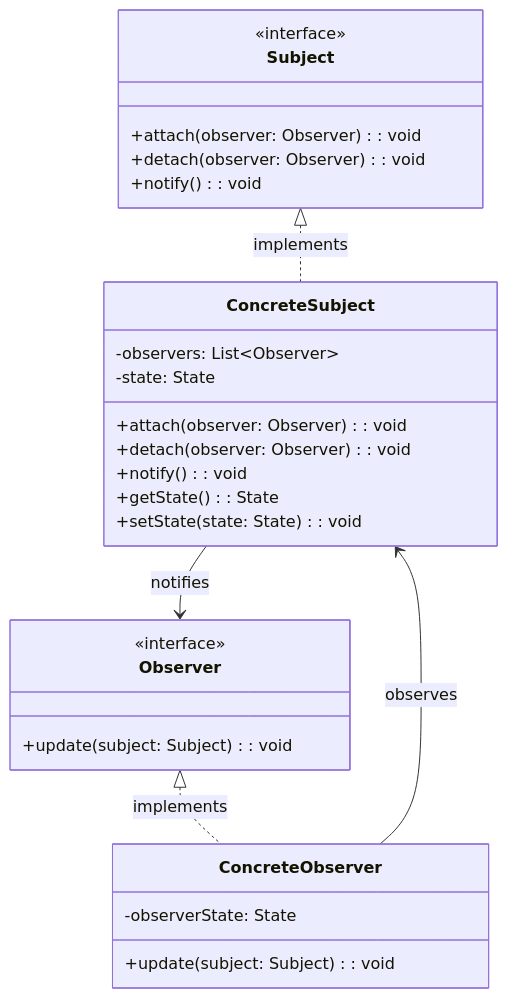
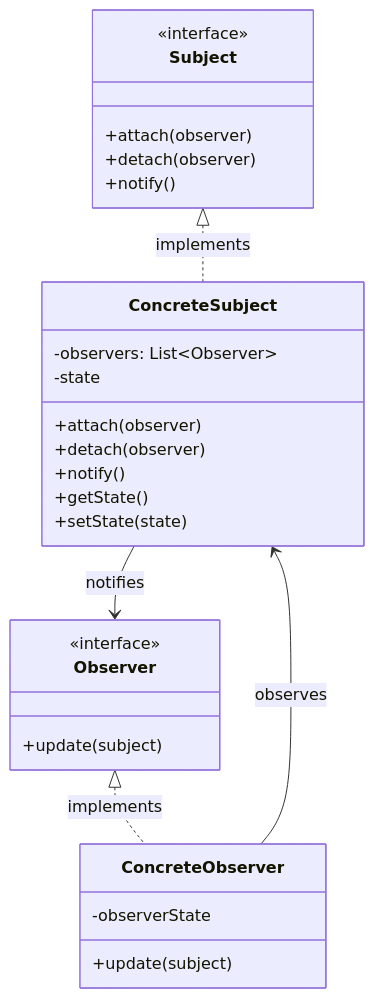
One commit to fanly/DesignPattern changed the first of 3 diagrams in resources/design-patterns/laravel/behavioral/observer_en.md. Above: the diagram before and after it, drawn with Mermaid. The commit also changed 103 other files, not shown here.

````diff
--- a/resources/design-patterns/laravel/behavioral/observer_en.md
+++ b/resources/design-patterns/laravel/behavioral/observer_en.md
@@ -11,34 +11,34 @@
 ```mermaid
 classDiagram
     class Subject {
         <<interface>>
-        +attach(observer: Observer): void
-        +detach(observer: Observer): void
-        +notify(): void
+        +attach(observer)
+        +detach(observer)
+        +notify()
     }
     
     class ConcreteSubject {
         -observers: List~Observer~
-        -state: State
-        +attach(observer: Observer): void
-        +detach(observer: Observer): void
-        +notify(): void
-        +getState(): State
-        +setState(state: State): void
+        -state
+        +attach(observer)
+        +detach(observer)
+        +notify()
+        +getState()
+        +setState(state)
     }
     
     class Observer {
         <<interface>>
-        +update(subject: Subject): void
+        +update(subject)
     }
     
     class ConcreteObserver {
-        -observerState: State
-        +update(subject: Subject): void
+        -observerState
+        +update(subject)
     }
     
     Subject <|.. ConcreteSubject : implements
     Observer <|.. ConcreteObserver : implements
     ConcreteSubject --> Observer : notifies
     ConcreteObserver --> ConcreteSubject : observes
 ```
````
